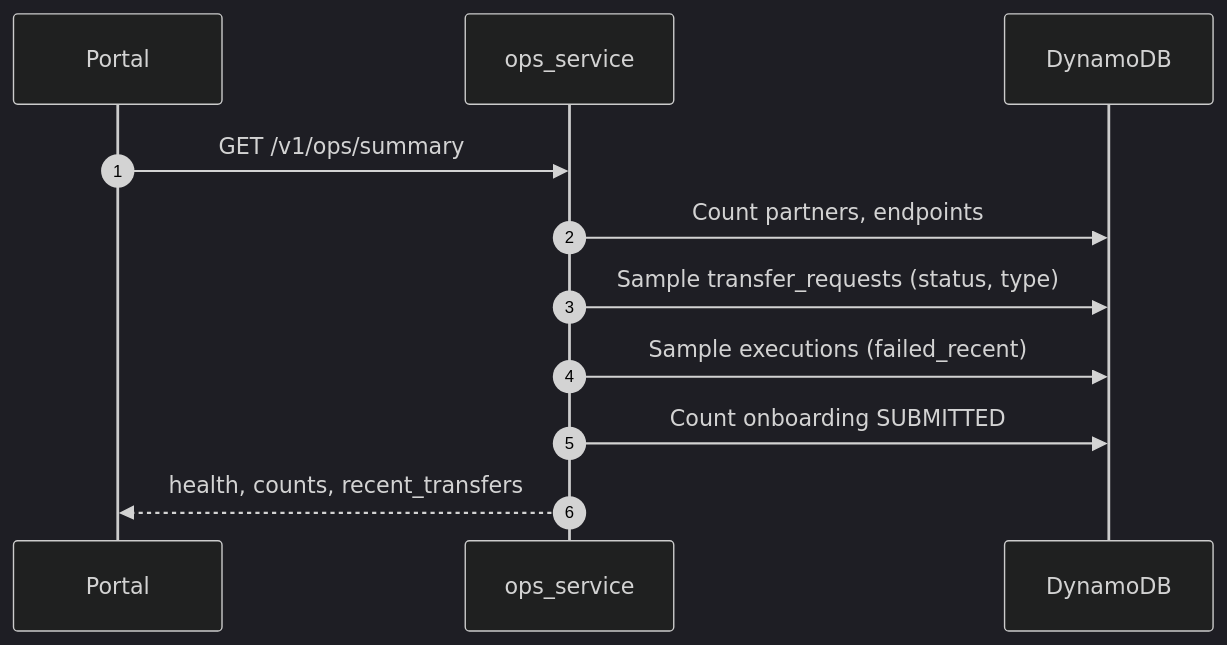
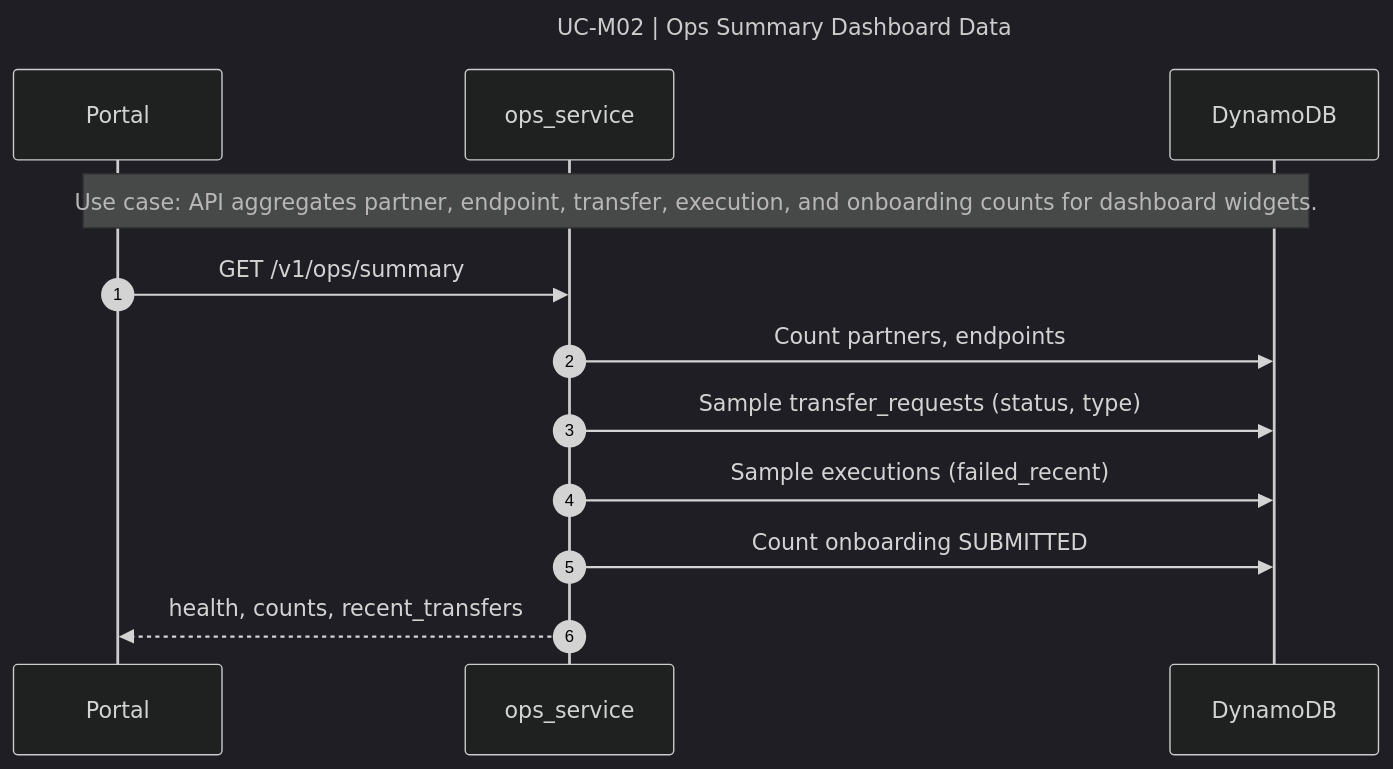
One commit to bayareala8s/BayRelayAI changed the diagram in docs/sequence-diagrams/mmd/UC-M02.mmd. Above: the diagram before and after it, drawn with Mermaid (dark theme). The commit also changed 68 other files, not shown here.

First line of the commit message:
Add title and use-case labels to all sequence diagrams.

```diff
--- a/docs/sequence-diagrams/mmd/UC-M02.mmd
+++ b/docs/sequence-diagrams/mmd/UC-M02.mmd
@@ -1,12 +1,16 @@
+---
+title: UC-M02 | Ops Summary Dashboard Data
+---
 sequenceDiagram
   autonumber
   participant Portal as Portal
   participant API as ops_service
   participant DDB as DynamoDB
+  Note over Portal,DDB: Use case: API aggregates partner, endpoint, transfer, execution, and onboarding counts for dashboard widgets.
 
   Portal->>API: GET /v1/ops/summary
   API->>DDB: Count partners, endpoints
   API->>DDB: Sample transfer_requests (status, type)
   API->>DDB: Sample executions (failed_recent)
   API->>DDB: Count onboarding SUBMITTED
   API-->>Portal: health, counts, recent_transfers
```
